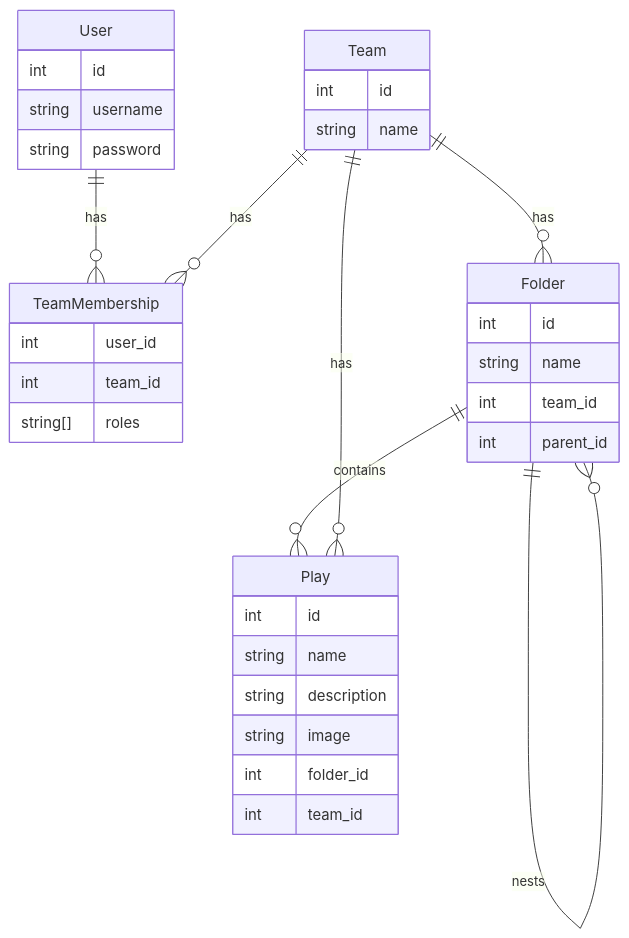
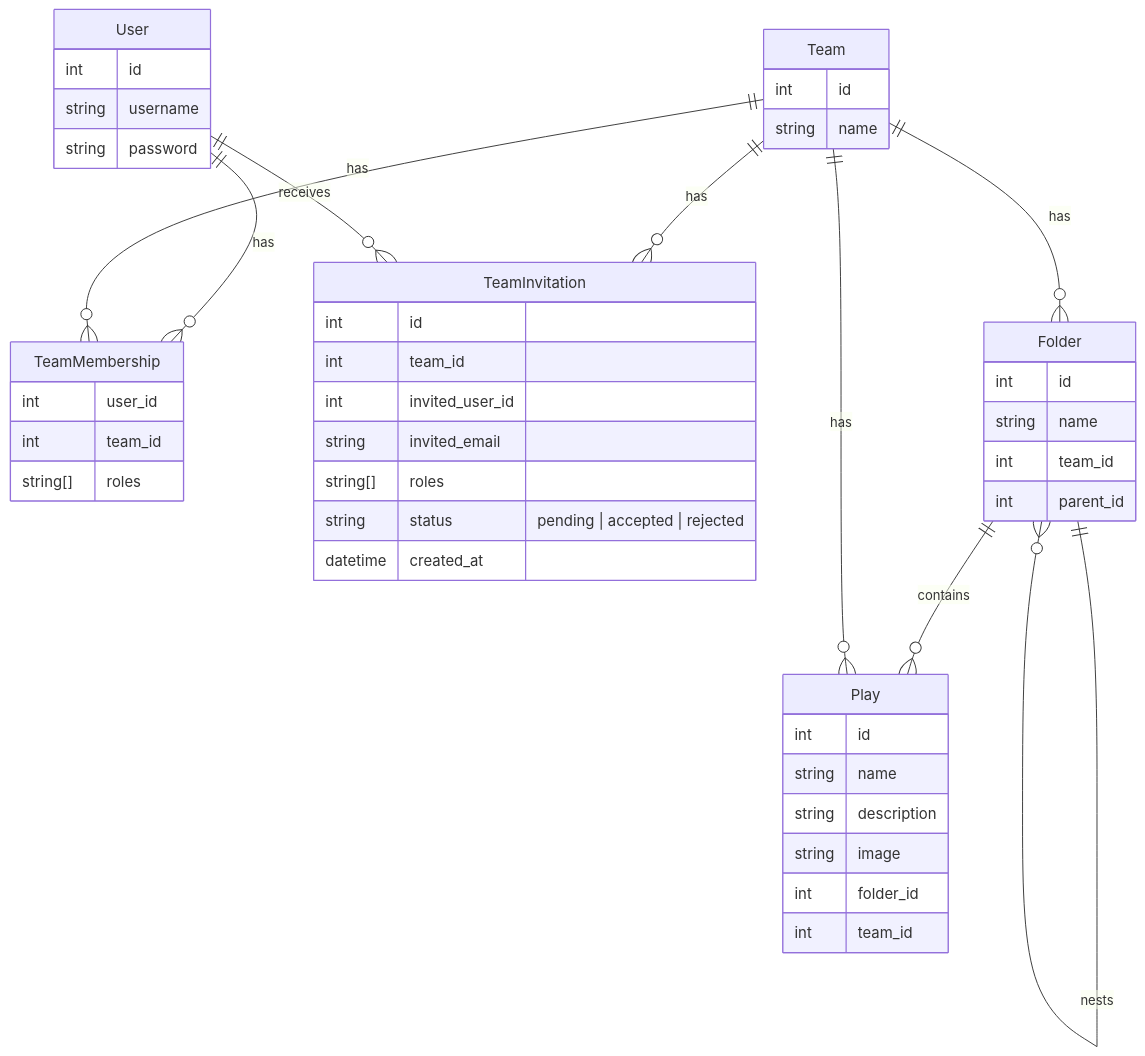
The diagram in README.md (Z-kk-0/football-website), drawn with Mermaid before and after one commit. The commit also changed other lines of this file, not shown here.

````diff
--- a/README.md
+++ b/README.md
@@ -61,46 +99,59 @@
 ```mermaid
 erDiagram
 
   User {
     int id
     string username
     string password
   }
 
   Team {
     int id
     string name
   }
 
   TeamMembership {
     int user_id
     int team_id
     string[] roles
+  }
+
+  TeamInvitation {
+    int id
+    int team_id
+    int invited_user_id
+    string invited_email
+    string[] roles
+    string status  "pending | accepted | rejected"
+    datetime created_at
   }
 
   Folder {
     int id
     string name
     int team_id
     int parent_id
   }
 
   Play {
     int id
     string name
     string description
     string image
     int folder_id
     int team_id
   }
 
   User ||--o{ TeamMembership : has
   Team ||--o{ TeamMembership : has
 
   Team ||--o{ Folder : has
   Folder ||--o{ Play : contains
   Team ||--o{ Play : has
-
   Folder ||--o{ Folder : nests
 
+  Team ||--o{ TeamInvitation : has
+  User ||--o{ TeamInvitation : receives
+
+
 ```
````
